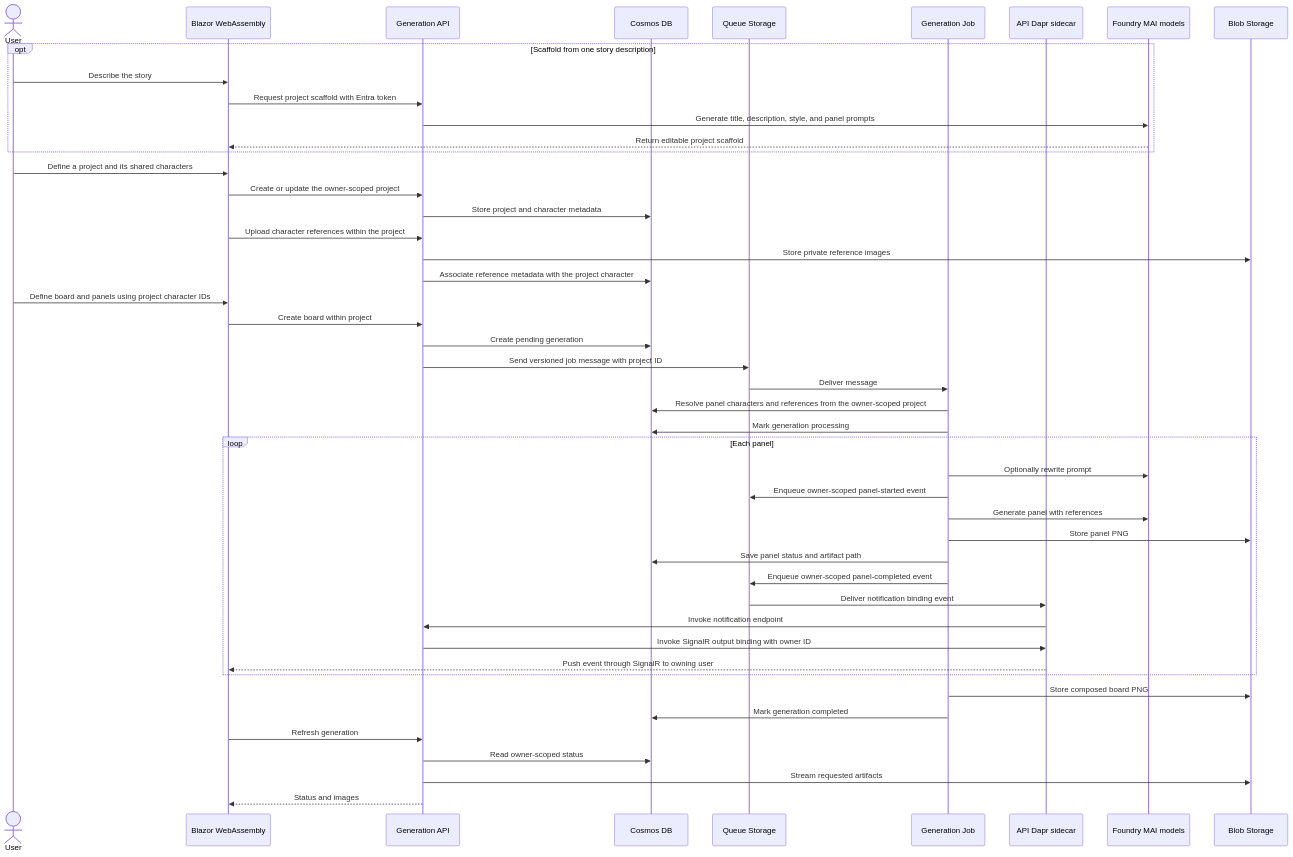
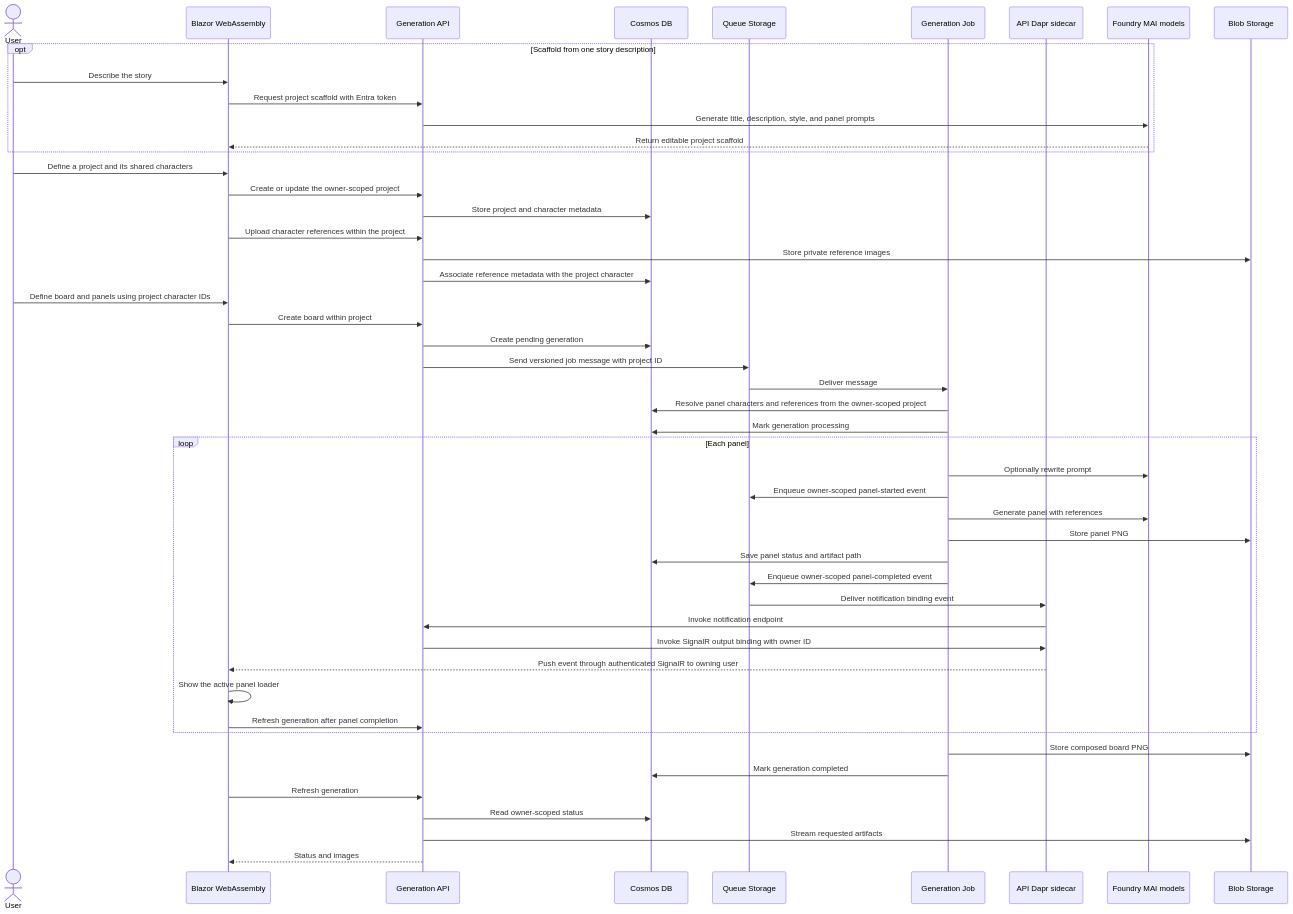
Before and after one commit to mathieumack/foundry-comics-mai: the second of 2 diagrams in docs/architecture.md, drawn with Mermaid. The commit also changed other lines of this file and 6 other files, not shown here.

First line of the commit message:
Add real-time panel generation updates (#35)

````diff
--- a/docs/architecture.md
+++ b/docs/architecture.md
@@ -45,49 +45,51 @@
 ```mermaid
 sequenceDiagram
     actor User
     participant Web as Blazor WebAssembly
     participant API as Generation API
     participant DB as Cosmos DB
     participant Queue as Queue Storage
     participant Job as Generation Job
     participant Dapr as API Dapr sidecar
     participant MAI as Foundry MAI models
     participant Blob as Blob Storage
     opt Scaffold from one story description
         User->>Web: Describe the story
         Web->>API: Request project scaffold with Entra token
         API->>MAI: Generate title, description, style, and panel prompts
         MAI-->>Web: Return editable project scaffold
     end
     User->>Web: Define a project and its shared characters
     Web->>API: Create or update the owner-scoped project
     API->>DB: Store project and character metadata
     Web->>API: Upload character references within the project
     API->>Blob: Store private reference images
     API->>DB: Associate reference metadata with the project character
     User->>Web: Define board and panels using project character IDs
     Web->>API: Create board within project
     API->>DB: Create pending generation
     API->>Queue: Send versioned job message with project ID
     Queue->>Job: Deliver message
     Job->>DB: Resolve panel characters and references from the owner-scoped project
     Job->>DB: Mark generation processing
     loop Each panel
         Job->>MAI: Optionally rewrite prompt
         Job->>Queue: Enqueue owner-scoped panel-started event
         Job->>MAI: Generate panel with references
         Job->>Blob: Store panel PNG
         Job->>DB: Save panel status and artifact path
         Job->>Queue: Enqueue owner-scoped panel-completed event
         Queue->>Dapr: Deliver notification binding event
         Dapr->>API: Invoke notification endpoint
         API->>Dapr: Invoke SignalR output binding with owner ID
-        Dapr-->>Web: Push event through SignalR to owning user
+        Dapr-->>Web: Push event through authenticated SignalR to owning user
+        Web->>Web: Show the active panel loader
+        Web->>API: Refresh generation after panel completion
     end
     Job->>Blob: Store composed board PNG
     Job->>DB: Mark generation completed
     Web->>API: Refresh generation
     API->>DB: Read owner-scoped status
     API->>Blob: Stream requested artifacts
     API-->>Web: Status and images
 ```
````
